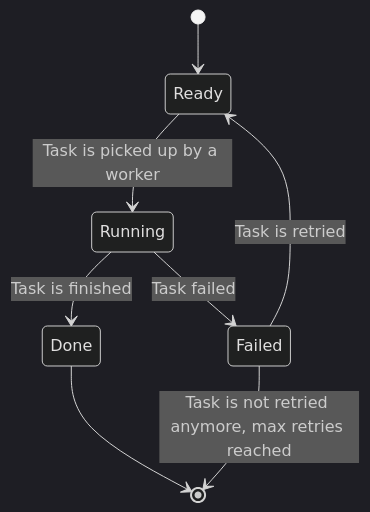
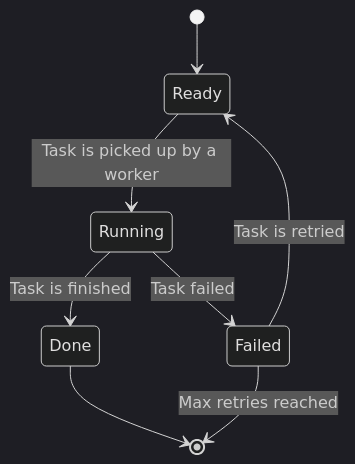
One commit to rafaelcaricio/backie changed the diagram in README.md. Above: the diagram before and after it, drawn with Mermaid (dark theme). The commit also changed other lines of this file, not shown here.

Commit message:
Update readme with latest changes

````diff
--- a/README.md
+++ b/README.md
@@ -38,10 +38,10 @@
 ```mermaid
 stateDiagram-v2
     [*] --> Ready
     Ready --> Running: Task is picked up by a worker
     Running --> Done: Task is finished
     Running --> Failed: Task failed
     Failed --> Ready: Task is retried
-    Failed --> [*]: Task is not retried anymore, max retries reached
+    Failed --> [*]: Max retries reached
     Done --> [*]
 ```
````
